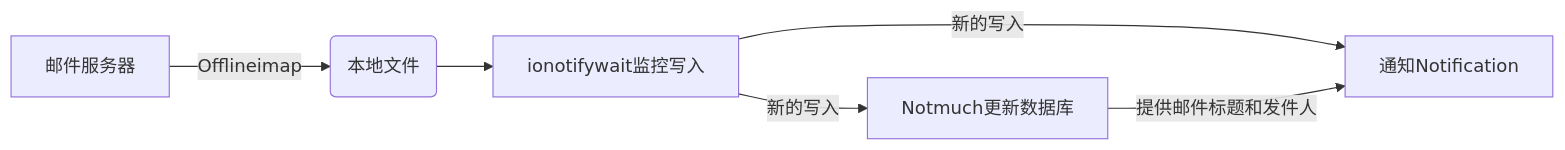
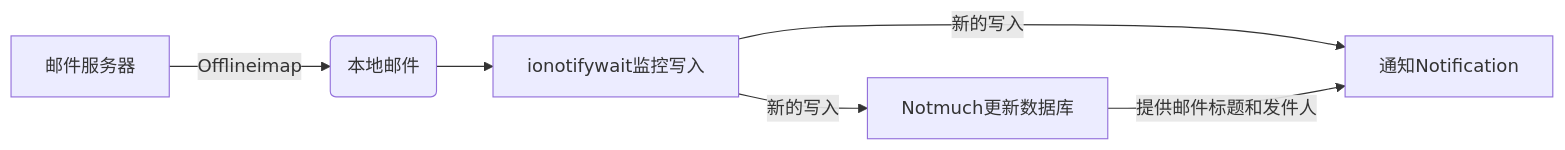
The diagram in _posts/2020-11-04-Offlineimap-Mail-Notification.md (Kzinux/kzinux.github.io), drawn with Mermaid before and after one commit.

Commit message:
Edit post

```diff
--- a/_posts/2020-11-04-Offlineimap-Mail-Notification.md
+++ b/_posts/2020-11-04-Offlineimap-Mail-Notification.md
@@ -20,8 +20,8 @@
 <div class="mermaid">
 graph LR;
-A[邮件服务器] -->|Offlineimap|B(本地文件);
+A[邮件服务器] -->|Offlineimap|B(本地邮件);
     B --> C[ionotifywait监控写入];
     C -->|新的写入| D[通知Notification];
     C -->|新的写入| E[Notmuch更新数据库];
     E -->|提供邮件标题和发件人| D;
 </div>
```
